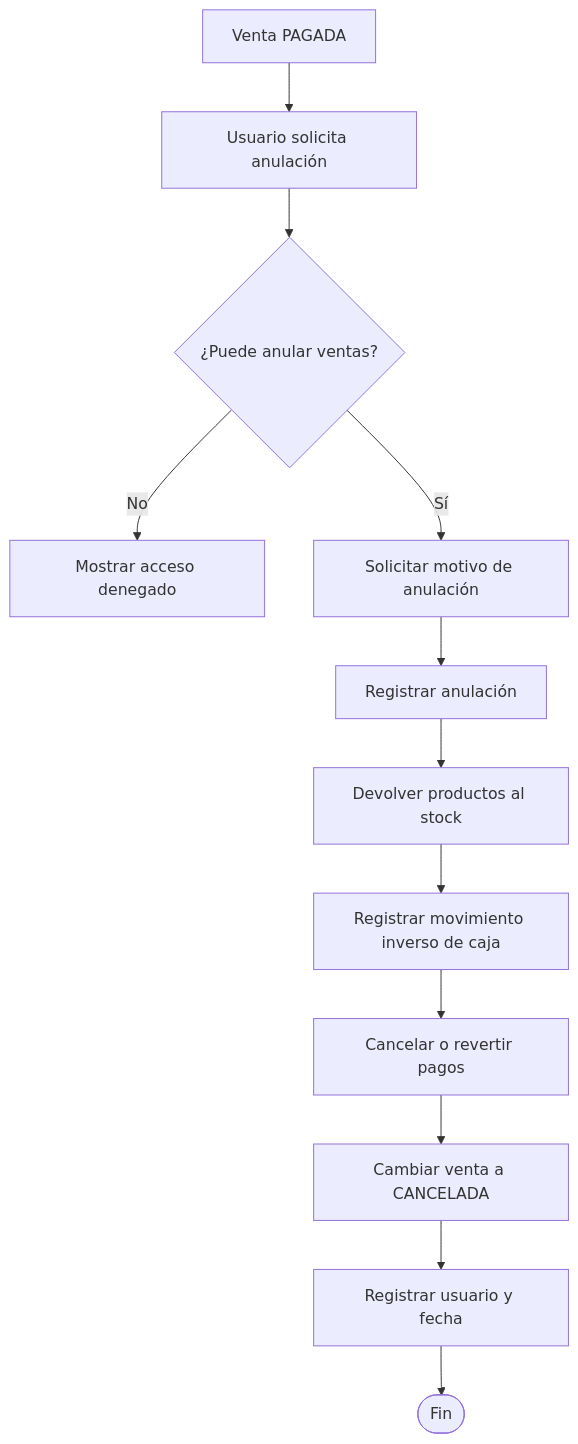
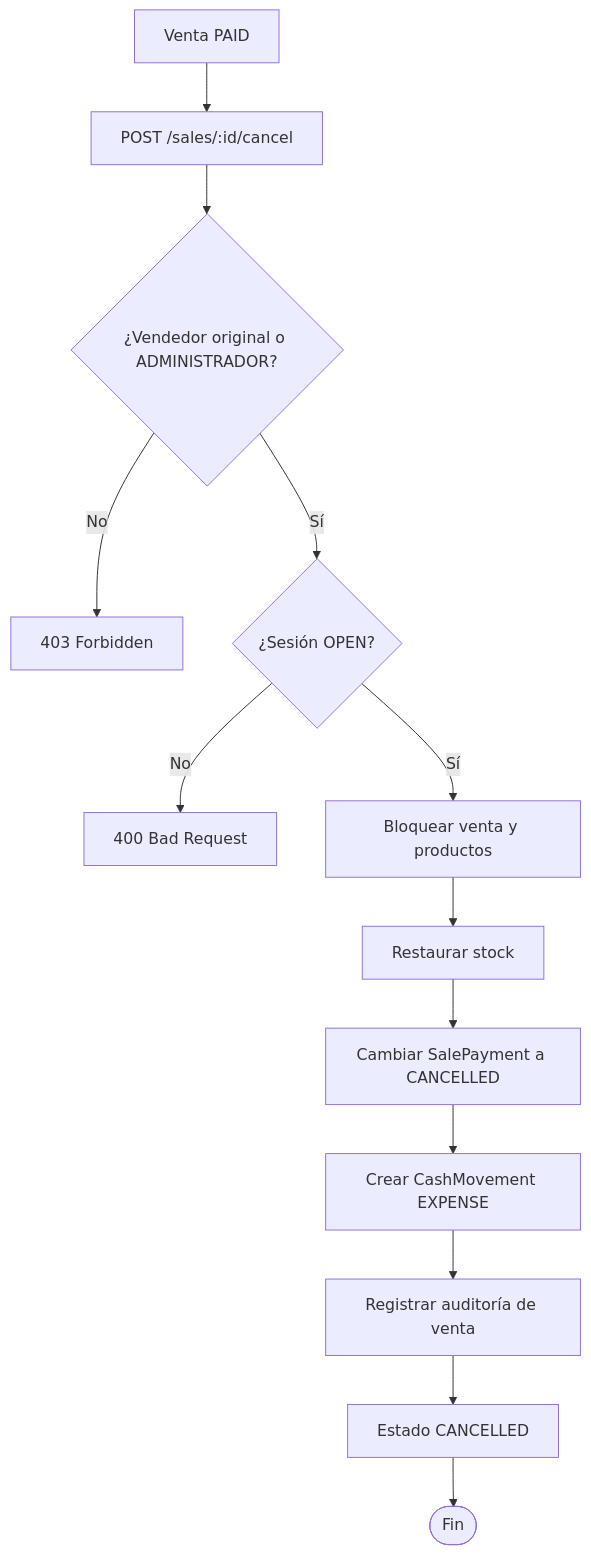
Before and after one commit to Cydonian10/TiendaApi: the third of 3 diagrams in docs/ventas/cancelar-venta.md, drawn with Mermaid. The commit also changed other lines of this file and 1 other file, not shown here.

Commit message:
mejora documentacion del flujo de ventas

````diff
--- a/docs/ventas/cancelar-venta.md
+++ b/docs/ventas/cancelar-venta.md
@@ -110,24 +116,15 @@
 ```mermaid
 flowchart TD
-    A[Venta PAGADA] --> B[Usuario solicita anulación]
-
-    B --> C{¿Puede anular ventas?}
-
-    C -- No --> D[Mostrar acceso denegado]
-
-    C -- Sí --> E[Solicitar motivo de anulación]
-
-    E --> F[Registrar anulación]
-
-    F --> G[Devolver productos al stock]
-
-    G --> H[Registrar movimiento inverso de caja]
-
-    H --> I[Cancelar o revertir pagos]
-
-    I --> J[Cambiar venta a CANCELADA]
-
-    J --> K[Registrar usuario y fecha]
-
-    K --> L([Fin])
+    A[Venta PAID] --> B[POST /sales/:id/cancel]
+    B --> C{¿Vendedor original o ADMINISTRADOR?}
+    C -- No --> D[403 Forbidden]
+    C -- Sí --> E{¿Sesión OPEN?}
+    E -- No --> F[400 Bad Request]
+    E -- Sí --> G[Bloquear venta y productos]
+    G --> H[Restaurar stock]
+    H --> I[Cambiar SalePayment a CANCELLED]
+    I --> J[Crear CashMovement EXPENSE]
+    J --> K[Registrar auditoría de venta]
+    K --> L[Estado CANCELLED]
+    L --> M([Fin])
 ```
````
